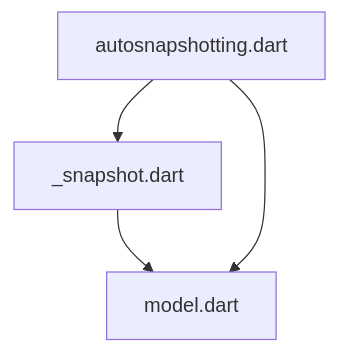
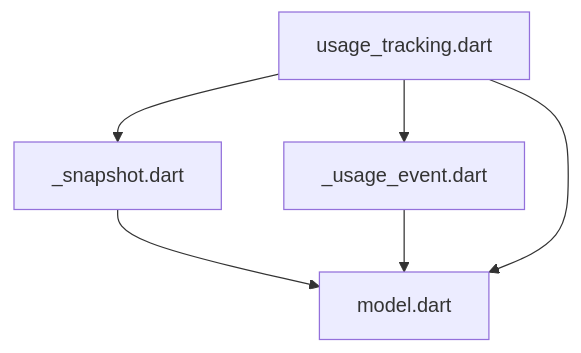
The diagram in lib/src/usage_tracking/DEPENDENCIES.md (dart-lang/leak_tracker), drawn with Mermaid before and after one commit. The commit also changed 1 other file, not shown here.

````diff
--- a/lib/src/usage_tracking/DEPENDENCIES.md
+++ b/lib/src/usage_tracking/DEPENDENCIES.md
@@ -6,6 +6,8 @@
 ```mermaid
 flowchart TD;
 _snapshot.dart-->model.dart;
-autosnapshotting.dart-->_snapshot.dart;
-autosnapshotting.dart-->model.dart;
+_usage_event.dart-->model.dart;
+usage_tracking.dart-->_snapshot.dart;
+usage_tracking.dart-->_usage_event.dart;
+usage_tracking.dart-->model.dart;
 ```
````
